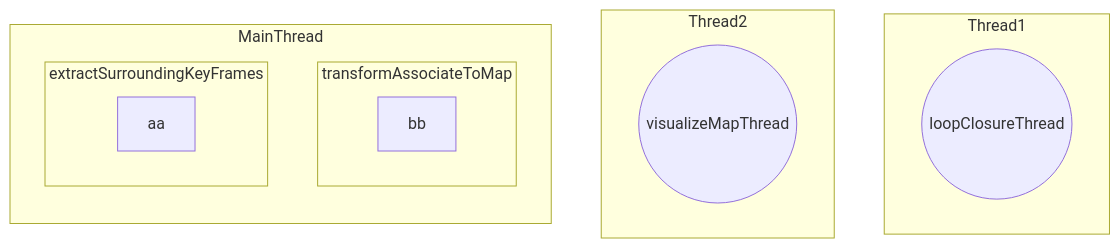
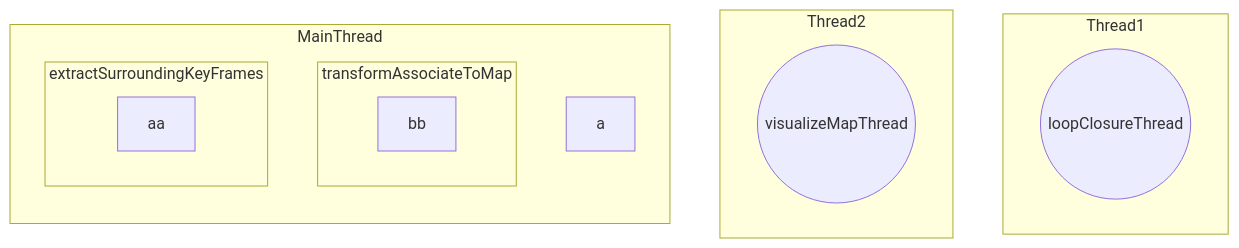
One commit to huang-yuefeng/3DComputerVision changed the diagram in SC-LeGO-Loam.md. Above: the diagram before and after it, drawn with Mermaid.

````diff
--- a/SC-LeGO-Loam.md
+++ b/SC-LeGO-Loam.md
@@ -1,40 +1,41 @@
 ```mermaid
 graph TD
     %%transformAssociateToMap((transformAssociateToMap))
     %%extractSurroundingKeyFrames((extractSurroundingKeyFrames))
     %%downsampleCurrentScan((downsampleCurrentScan))
     %%scan2MapOptimization((scan2MapOptimization))
     %%saveKeyFramesAndFactor((saveKeyFramesAndFactor))
     %%correctPoses((correctPoses))
     %%publishTF((publishTF))
     %%publishKeyPosesAndFrames((publishKeyPosesAndFrames))
     %%clearCloud((clearCloud))
     loopClosureThread((loopClosureThread))
     visualizeMapThread((visualizeMapThread))
 
     subgraph Thread1
         loopClosureThread
     end
 
     subgraph Thread2
         visualizeMapThread
     end
 
     subgraph MainThread
         direction TD
+        a
         subgraph transformAssociateToMap
             bb
         end
         subgraph extractSurroundingKeyFrames
            aa
         end
         %%transformAssociateToMap --> extractSurroundingKeyFrames
         %%extractSurroundingKeyFrames --> downsampleCurrentScan
         %%downsampleCurrentScan --> scan2MapOptimization
         %%scan2MapOptimization --> saveKeyFramesAndFactor
         %%saveKeyFramesAndFactor --> correctPoses
         %%correctPoses --> publishTF
         %%publishTF --> publishKeyPosesAndFrames
         %%publishKeyPosesAndFrames --> clearCloud
     end
 ```
````
